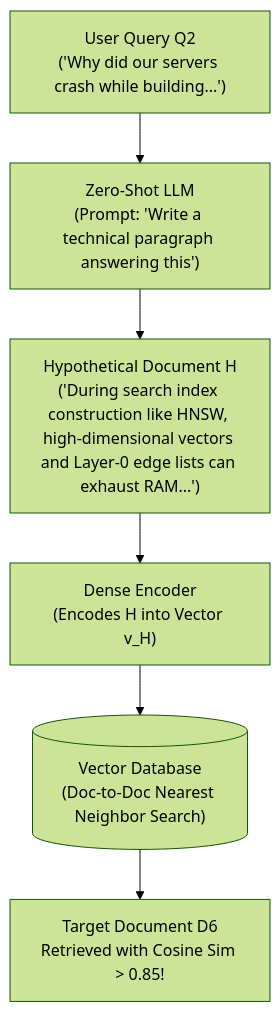
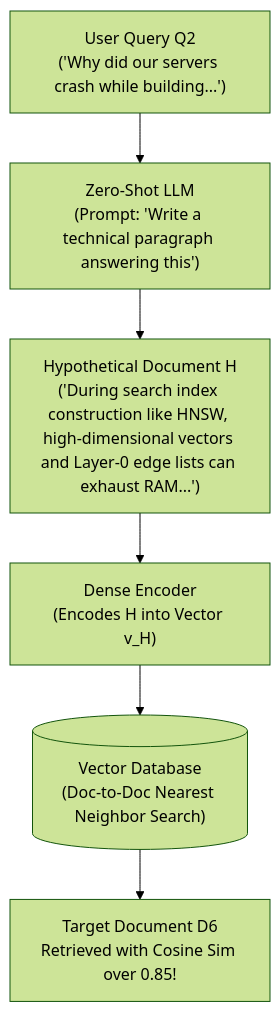
One commit to divyansh070/ml_notes changed the second of 4 diagrams in rag-guide/04-query-transformations.md. Above: the diagram before and after it, drawn with Mermaid (forest theme). The commit also changed other lines of this file and 8 other files, not shown here.

Commit message:
fix(rag-guide): resolve Mermaid syntax, xychart, and MathJax rendering issues for GitHub

````diff
--- a/rag-guide/04-query-transformations.md
+++ b/rag-guide/04-query-transformations.md
@@ -122,8 +122,8 @@
 ```mermaid
 flowchart TD
-    QUERY["User Query Q2<br/>('Why did our servers crash while building...')"] --> LLM_GEN["Zero-Shot LLM<br/>(Prompt: 'Write a technical paragraph answering this')"]
-    LLM_GEN --> HYPO["Hypothetical Document H<br/>('During search index construction like HNSW, high-dimensional vectors and Layer-0 edge lists can exhaust RAM...')"]
-    HYPO --> EMBED["Dense Encoder<br/>(Encodes H into Vector v_H)"]
-    EMBED --> VEC_SEARCH[("Vector Database<br/>(Doc-to-Doc Nearest Neighbor Search)")]
-    VEC_SEARCH --> MATCH["Target Document D6<br/>Retrieved with Cosine Sim > 0.85!"]
+    QUERY["User Query Q2<br>('Why did our servers crash while building...')"] --> LLM_GEN["Zero-Shot LLM<br>(Prompt: 'Write a technical paragraph answering this')"]
+    LLM_GEN --> HYPO["Hypothetical Document H<br>('During search index construction like HNSW, high-dimensional vectors and Layer-0 edge lists can exhaust RAM...')"]
+    HYPO --> EMBED["Dense Encoder<br>(Encodes H into Vector v_H)"]
+    EMBED --> VEC_SEARCH[("Vector Database<br>(Doc-to-Doc Nearest Neighbor Search)")]
+    VEC_SEARCH --> MATCH["Target Document D6<br>Retrieved with Cosine Sim over 0.85!"]
 ```
````
